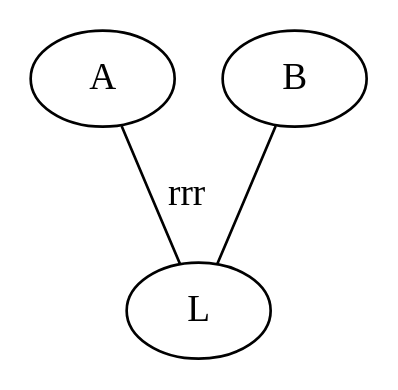
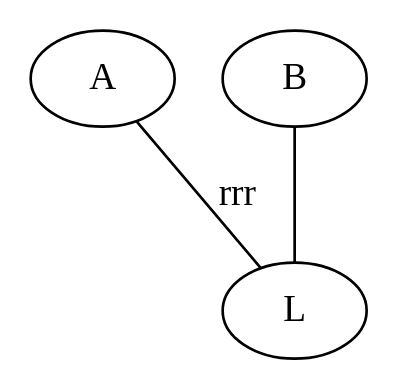
One commit to adam-elbernoussi/ENSAE-S2-IT-project changed the diagram in Graph.gv. Above: the diagram before and after it, drawn with Graphviz. The commit also changed 4 other files, not shown here.

```diff
--- a/Graph.gv
+++ b/Graph.gv
@@ -1,8 +1,8 @@
 graph {
 	graph [concentrate=True]
 	A
 	B
 	L
-	B -- L [weight=1]
+	B -- L [weight=30]
 	A -- L [label=rrr]
 }
```
